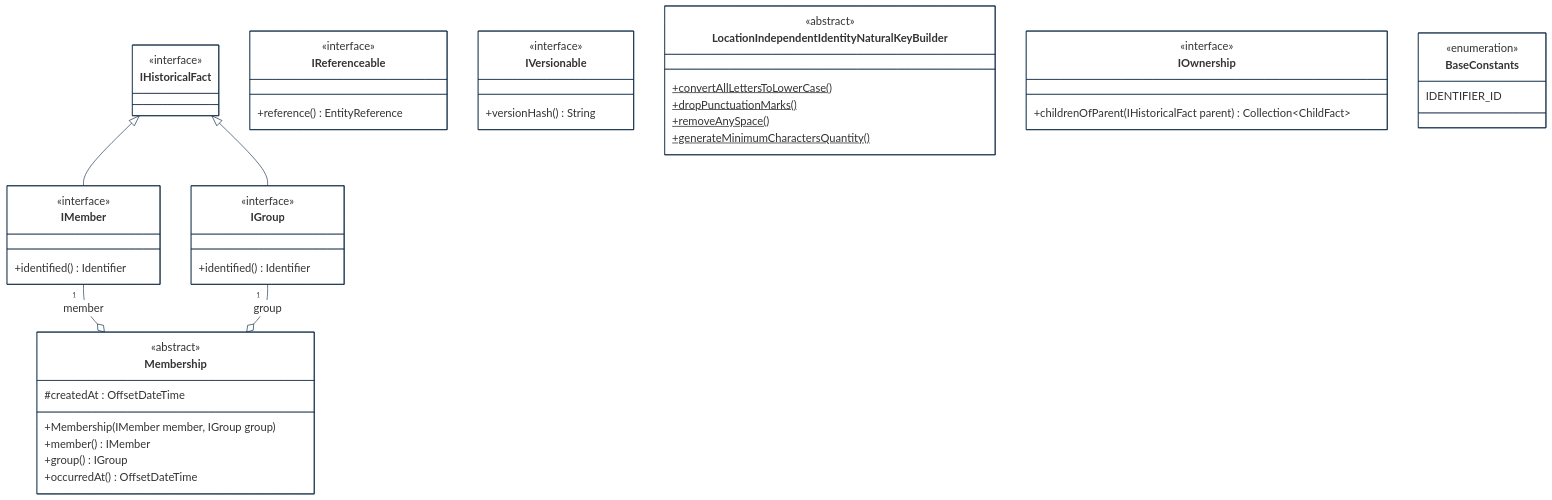
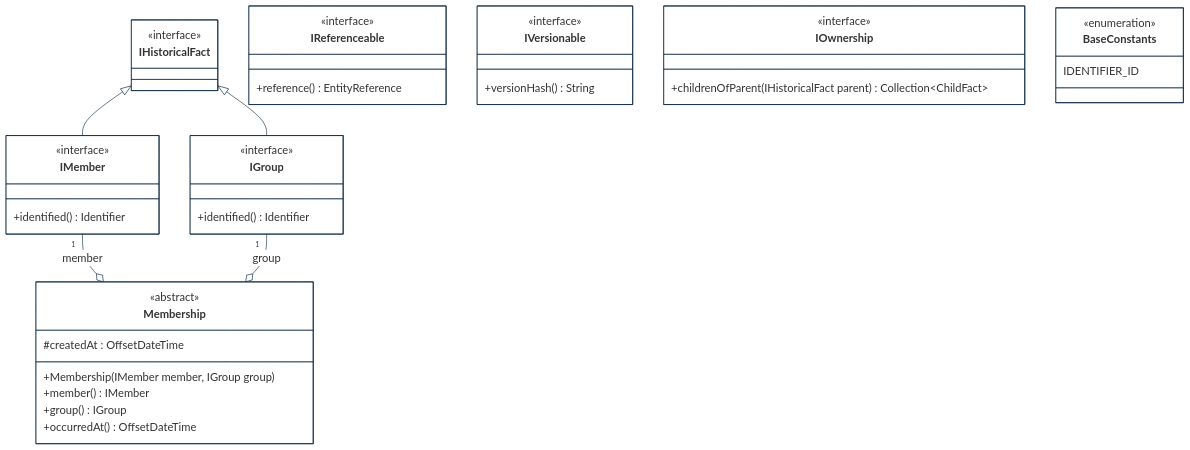
One commit to cybnity/foundation changed the third of 8 diagrams in implementations-line/framework/immutable/designview-packages.md. Above: the diagram before and after it, drawn with Mermaid. The commit also changed other lines of this file, not shown here.

````diff
--- a/implementations-line/framework/immutable/designview-packages.md
+++ b/implementations-line/framework/immutable/designview-packages.md
@@ -212,67 +213,60 @@
 ```mermaid
 %%{
   init: {
     'theme': 'base',
     'themeVariables': {
         'background': '#ffffff',
         'fontFamily': 'arial',
         'fontSize': '18px',
         'primaryColor': '#fff',
         'primaryBorderColor': '#0e2a43',
         'secondaryBorderColor': '#0e2a43',
         'tertiaryBorderColor': '#0e2a43',
         'edgeLabelBackground':'#0e2a43',
         'lineColor': '#0e2a43',
         'tertiaryColor': '#fff'
     }
   }
 }%%
 classDiagram
     IHistoricalFact <|-- IMember
     IHistoricalFact <|-- IGroup
     IMember "1" --o Membership : member
     IGroup "1" --o Membership : group
 
     class IGroup {
         <<interface>>
         +identified() Identifier
     }
     class IReferenceable {
         <<interface>>
         +reference() EntityReference
     }
     class IVersionable {
         <<interface>>
         +versionHash() String
     }
-    class LocationIndependentIdentityNaturalKeyBuilder {
-        <<abstract>>
-        +convertAllLettersToLowerCase()$
-        +dropPunctuationMarks()$
-        +removeAnySpace()$
-        +generateMinimumCharactersQuantity()$
-    }
     class IOwnership {
         <<interface>>
         +childrenOfParent(IHistoricalFact parent) Collection~ChildFact~
     }
     class BaseConstants {
         <<enumeration>>
         IDENTIFIER_ID
     }
     class IMember {
         <<interface>>
         +identified() Identifier
     }
     class Membership {
         <<abstract>>
         #createdAt : OffsetDateTime
         +Membership(IMember member, IGroup group)
         +member() IMember
         +group() IGroup
         +occurredAt() OffsetDateTime
     }
     class IHistoricalFact {
         <<interface>>
     }
 ```
````
